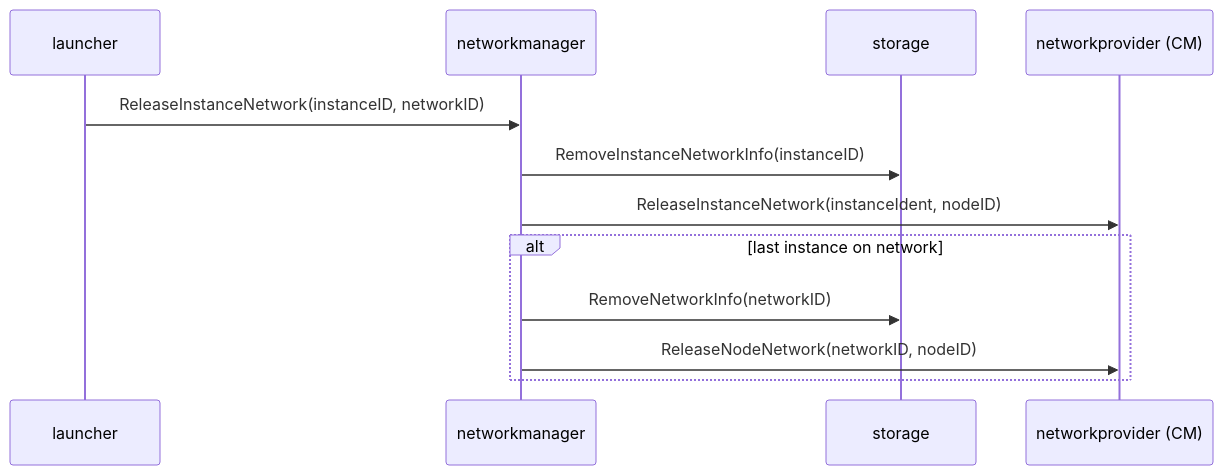
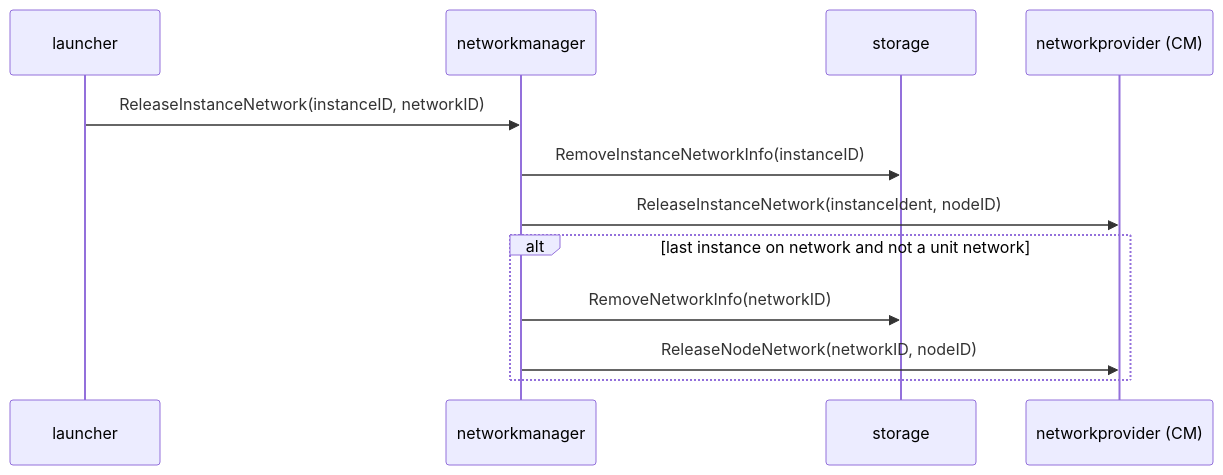
Before and after one commit to aosedge/aos_core_lib_cpp: the sixth of 7 diagrams in src/core/sm/networkmanager/networkmanager.md, drawn with Mermaid. The commit also changed other lines of this file and 1 other file, not shown here.

````diff
--- a/src/core/sm/networkmanager/networkmanager.md
+++ b/src/core/sm/networkmanager/networkmanager.md
@@ -377,17 +410,17 @@
 ```mermaid
 sequenceDiagram
     participant launcher
     participant networkmanager
     participant storage
     participant networkprovider as networkprovider (CM)
 
     launcher ->> networkmanager: ReleaseInstanceNetwork(instanceID, networkID)
 
     networkmanager ->> storage: RemoveInstanceNetworkInfo(instanceID)
     networkmanager ->> networkprovider: ReleaseInstanceNetwork(instanceIdent, nodeID)
 
-    alt last instance on network
+    alt last instance on network and not a unit network
         networkmanager ->> storage: RemoveNetworkInfo(networkID)
         networkmanager ->> networkprovider: ReleaseNodeNetwork(networkID, nodeID)
     end
 ```
````
